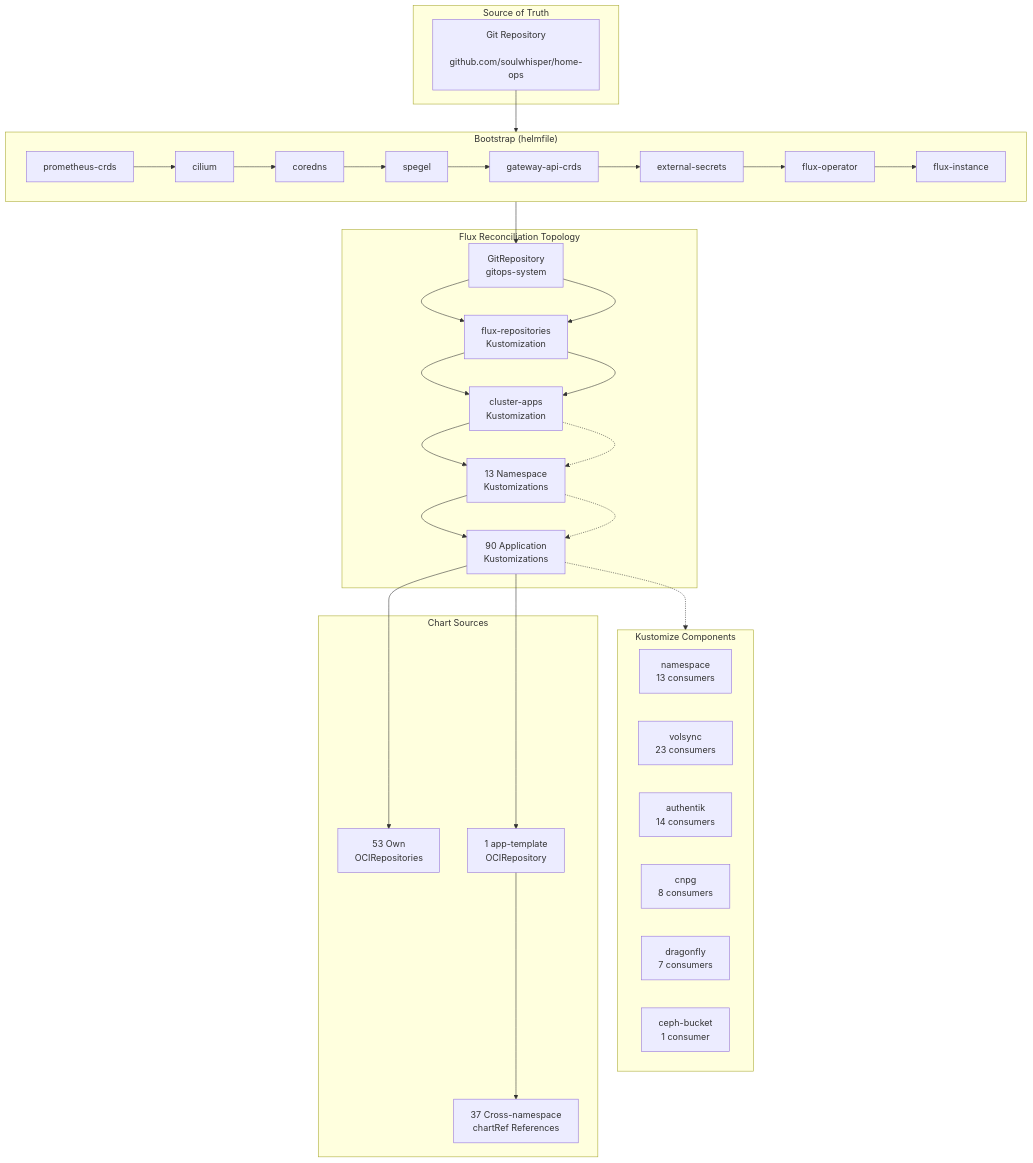
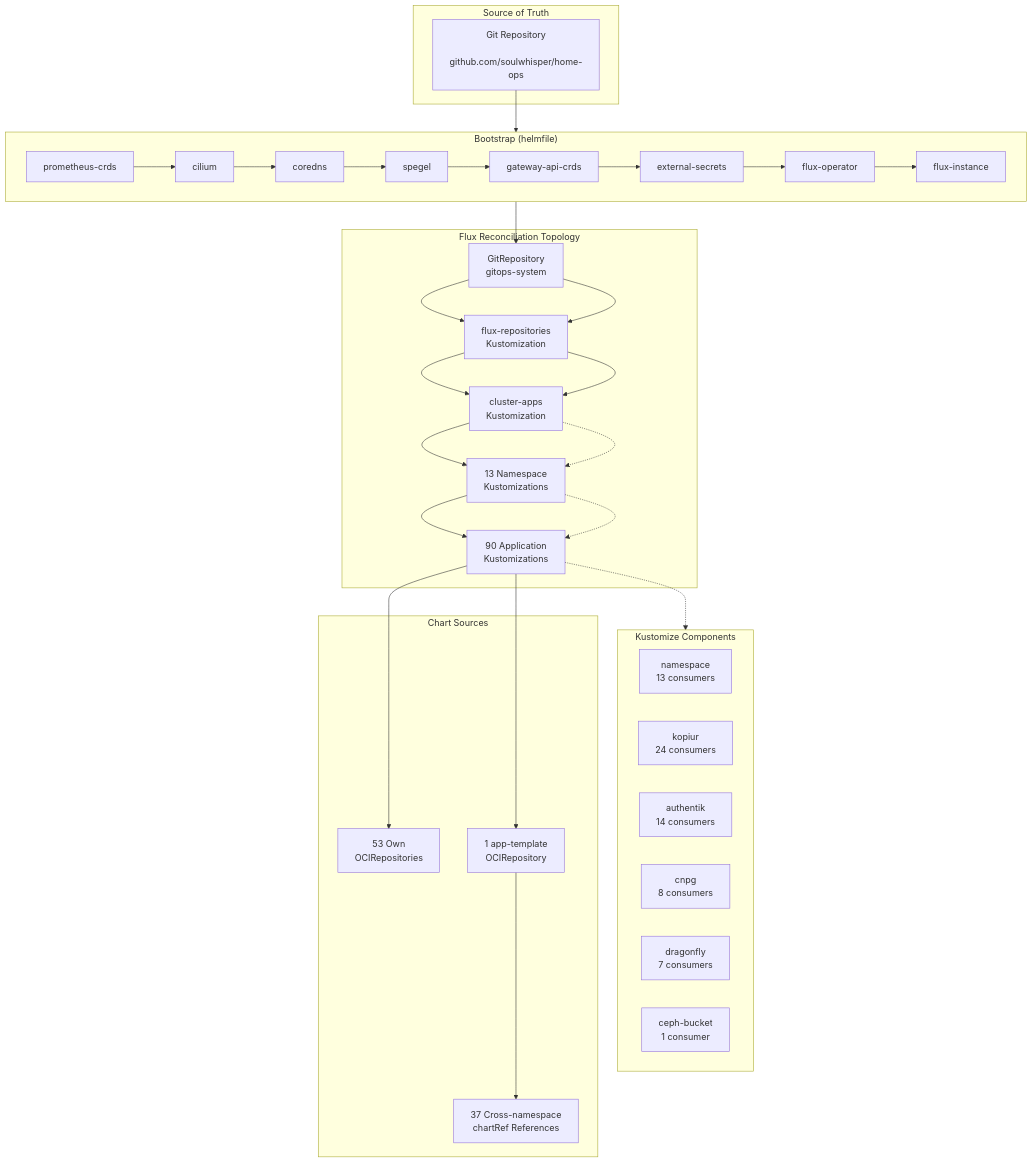
One commit to soulwhisper/homelab-ops changed the diagram in docs/infrastructure/kubernetes.md. Above: the diagram before and after it, drawn with Mermaid. The commit also changed other lines of this file and 58 other files, not shown here.

First line of the commit message:
feat(storage): migrate backups from volsync fork to kopiur (#3478)

````diff
--- a/docs/infrastructure/kubernetes.md
+++ b/docs/infrastructure/kubernetes.md
@@ -12,65 +12,65 @@
 ```mermaid
 flowchart TB
     subgraph Source["Source of Truth"]
         GIT["Git Repository
         github.com/soulwhisper/home-ops"]
     end
 
     subgraph Bootstrap["Bootstrap (helmfile)"]
         direction LR
         B1["prometheus-crds"] --> B2["cilium"]
         B2 --> B3["coredns"]
         B3 --> B4["spegel"]
         B4 --> B5["gateway-api-crds"]
         B5 --> B6["external-secrets"]
         B6 --> B7["flux-operator"]
         B7 --> B8["flux-instance"]
     end
 
     subgraph FluxTopo["Flux Reconciliation Topology"]
         GR["GitRepository
         gitops-system"] --> FR["flux-repositories
         Kustomization"]
         FR --> CA["cluster-apps
         Kustomization"]
         CA --> NS["13 Namespace
         Kustomizations"]
         NS --> APPS["90 Application
         Kustomizations"]
     end
 
     subgraph Components["Kustomize Components"]
         NS_COMP["namespace
         13 consumers"]
-        VOLSYNC["volsync
-        23 consumers"]
+        KOPIUR["kopiur
+        24 consumers"]
         AUTHENTIK["authentik
         14 consumers"]
         CNPG["cnpg
         8 consumers"]
         DRAGONFLY["dragonfly
         7 consumers"]
         CEPH["ceph-bucket
         1 consumer"]
     end
 
     subgraph Charts["Chart Sources"]
         OCI_OWN["53 Own
         OCIRepositories"]
         OCI_TPL["1 app-template
         OCIRepository"]
         CROSS["37 Cross-namespace
         chartRef References"]
     end
 
     GIT --> Bootstrap
     Bootstrap --> GR
     GR --> FR
     FR --> CA
     CA -.-> NS
     NS -.-> APPS
     APPS -.-> Components
     APPS --> OCI_OWN
     APPS --> OCI_TPL
     OCI_TPL --> CROSS
 ```
````
